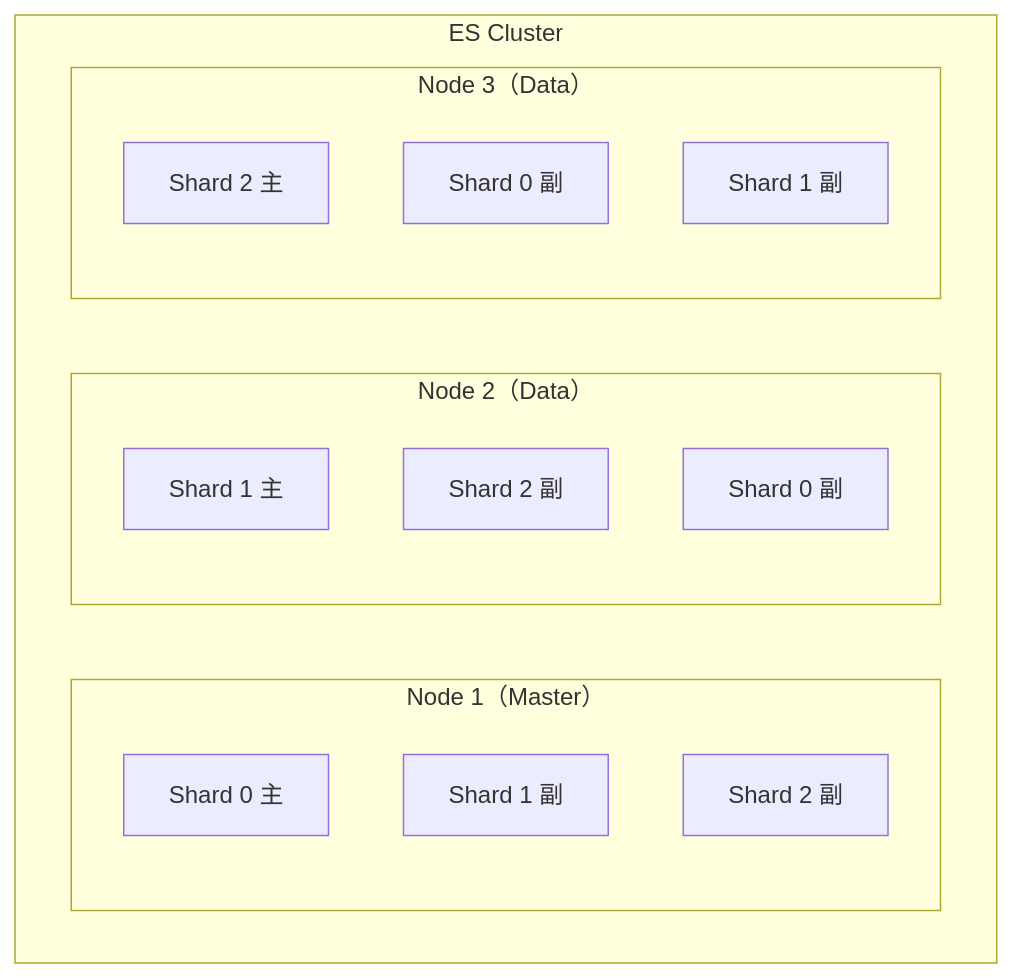
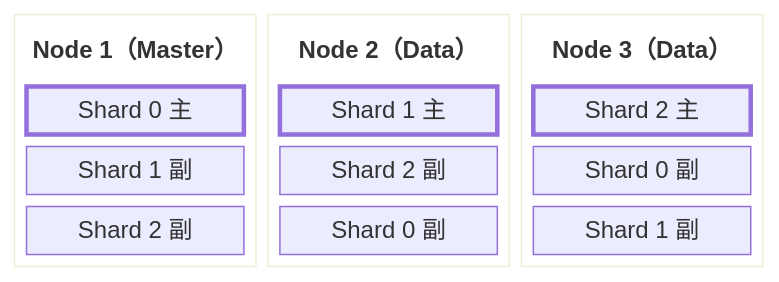
One commit to AnthonyFuFu/StudyNotes changed the second of 2 diagrams in docs/data/elasticsearch/core-principles.md. Above: the diagram before and after it, drawn with Mermaid. The commit also changed other lines of this file and 43 other files, not shown here.

````diff
--- a/docs/data/elasticsearch/core-principles.md
+++ b/docs/data/elasticsearch/core-principles.md
@@ -59,24 +59,26 @@
 ``` mermaid
-flowchart LR
-    subgraph CLUSTER ["ES Cluster"]
-        direction LR
-        subgraph N1 ["Node 1（Master）"]
-            direction TB
-            a0["Shard 0 主"]
-            a1["Shard 1 副"]
-            a2["Shard 2 副"]
-        end
-        subgraph N2 ["Node 2（Data）"]
-            direction TB
-            b1["Shard 1 主"]
-            b2["Shard 2 副"]
-            b0["Shard 0 副"]
-        end
-        subgraph N3 ["Node 3（Data）"]
-            direction TB
-            c2["Shard 2 主"]
-            c0["Shard 0 副"]
-            c1["Shard 1 副"]
-        end
+block-beta
+    columns 3
+    block:n1
+        columns 1
+        t1["Node 1（Master）"]
+        a0["Shard 0 主"] a1["Shard 1 副"] a2["Shard 2 副"]
     end
+    block:n2
+        columns 1
+        t2["Node 2（Data）"]
+        b1["Shard 1 主"] b2["Shard 2 副"] b0["Shard 0 副"]
+    end
+    block:n3
+        columns 1
+        t3["Node 3（Data）"]
+        c2["Shard 2 主"] c0["Shard 0 副"] c1["Shard 1 副"]
+    end
+    classDef title fill:transparent,stroke:transparent,font-weight:bold
+    classDef primary stroke-width:3px
+    class t1,t2,t3 title
+    class a0,b1,c2 primary
+    style n1 fill:transparent
+    style n2 fill:transparent
+    style n3 fill:transparent
 ```
````
